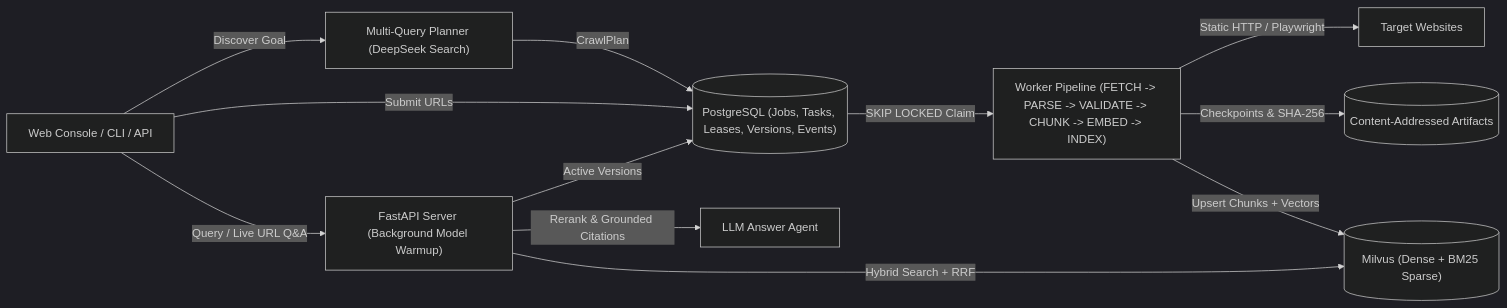
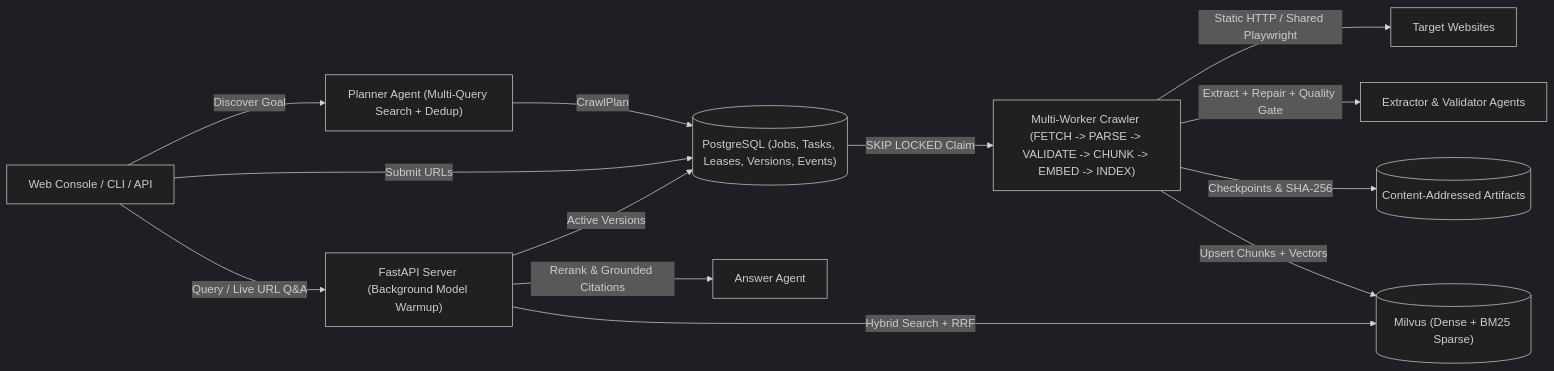
The diagram in README.md (dededez/HarvestRAG), drawn with Mermaid (dark theme) before and after one commit. The commit also changed other lines of this file, not shown here.

Commit message:
docs: highlight multi-agent crawler architecture in README

````diff
--- a/README.md
+++ b/README.md
@@ -44,16 +50,17 @@
 ```mermaid
 flowchart LR
-    User["Web Console / CLI / API"] -->|"Discover Goal"| Planner["Multi-Query Planner (DeepSeek Search)"]
+    User["Web Console / CLI / API"] -->|"Discover Goal"| Planner["Planner Agent (Multi-Query Search + Dedup)"]
     Planner -->|"CrawlPlan"| PG[("PostgreSQL (Jobs, Tasks, Leases, Versions, Events)")]
     User -->|"Submit URLs"| PG
 
-    PG -->|"SKIP LOCKED Claim"| Worker["Worker Pipeline (FETCH -> PARSE -> VALIDATE -> CHUNK -> EMBED -> INDEX)"]
-    Worker -->|"Static HTTP / Playwright"| Web["Target Websites"]
+    PG -->|"SKIP LOCKED Claim"| Worker["Multi-Worker Crawler (FETCH -> PARSE -> VALIDATE -> CHUNK -> EMBED -> INDEX)"]
+    Worker -->|"Static HTTP / Shared Playwright"| Web["Target Websites"]
+    Worker -->|"Extract + Repair + Quality Gate"| Agents["Extractor & Validator Agents"]
     Worker -->|"Checkpoints & SHA-256"| Artifacts[("Content-Addressed Artifacts")]
     Worker -->|"Upsert Chunks + Vectors"| Milvus[("Milvus (Dense + BM25 Sparse)")]
 
     User -->|"Query / Live URL Q&A"| API["FastAPI Server (Background Model Warmup)"]
     API -->|"Active Versions"| PG
     API -->|"Hybrid Search + RRF"| Milvus
-    API -->|"Rerank & Grounded Citations"| LLM["LLM Answer Agent"]
+    API -->|"Rerank & Grounded Citations"| Answer["Answer Agent"]
 ```
````
